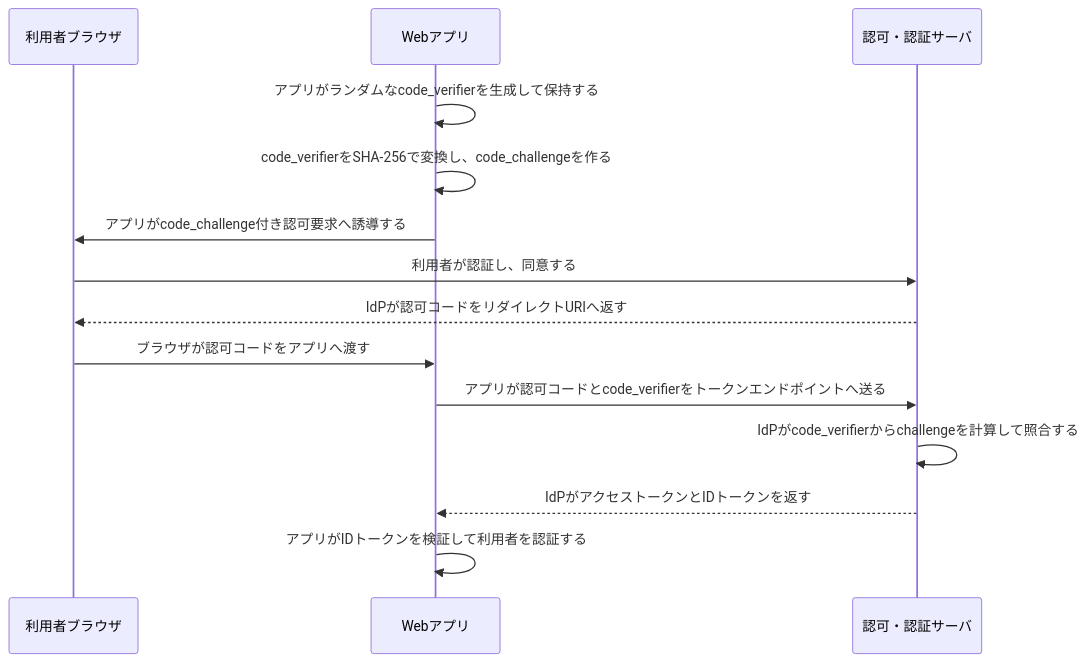
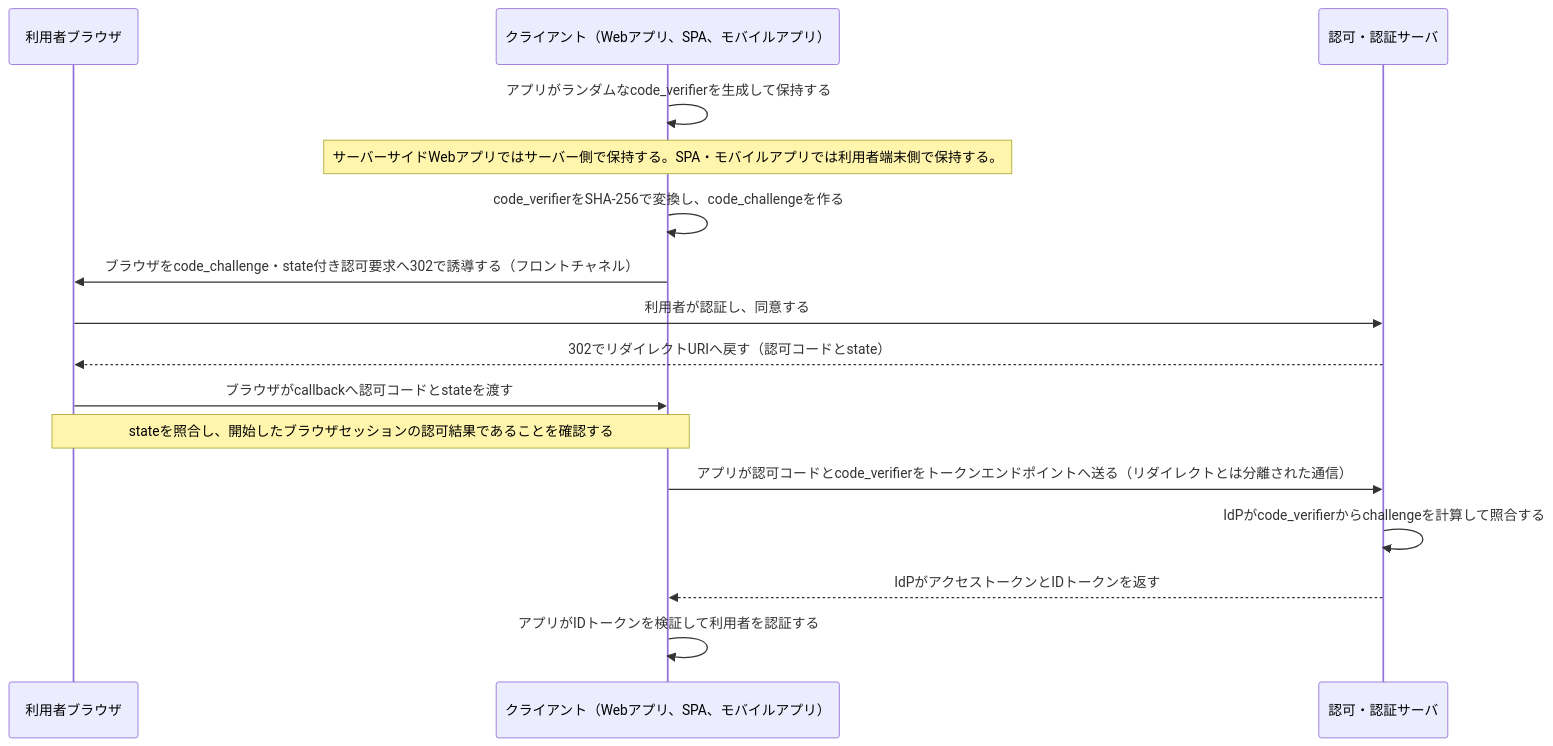
Before and after one commit to ryusuke2003/security-specialist-study: the diagram in 復習用/流れ図/OAuth2とOIDCの認可コードとPKCE.md, drawn with Mermaid. The commit also changed other lines of this file and 1 other file, not shown here.

Commit message:
認証認可を追記

````diff
--- a/復習用/流れ図/OAuth2とOIDCの認可コードとPKCE.md
+++ b/復習用/流れ図/OAuth2とOIDCの認可コードとPKCE.md
@@ -3,17 +3,19 @@
 ```mermaid
 sequenceDiagram
     participant User as 利用者ブラウザ
-    participant Client as Webアプリ
+    participant Client as クライアント（Webアプリ、SPA、モバイルアプリ）
     participant IdP as 認可・認証サーバ
 
     Client->>Client: アプリがランダムなcode_verifierを生成して保持する
+    Note over Client: サーバーサイドWebアプリではサーバー側で保持する。SPA・モバイルアプリでは利用者端末側で保持する。
     Client->>Client: code_verifierをSHA-256で変換し、code_challengeを作る
-    Client->>User: アプリがcode_challenge付き認可要求へ誘導する
+    Client->>User: ブラウザをcode_challenge・state付き認可要求へ302で誘導する（フロントチャネル）
     User->>IdP: 利用者が認証し、同意する
-    IdP-->>User: IdPが認可コードをリダイレクトURIへ返す
-    User->>Client: ブラウザが認可コードをアプリへ渡す
-    Client->>IdP: アプリが認可コードとcode_verifierをトークンエンドポイントへ送る
+    IdP-->>User: 302でリダイレクトURIへ戻す（認可コードとstate）
+    User->>Client: ブラウザがcallbackへ認可コードとstateを渡す
+    Note over User,Client: stateを照合し、開始したブラウザセッションの認可結果であることを確認する
+    Client->>IdP: アプリが認可コードとcode_verifierをトークンエンドポイントへ送る（リダイレクトとは分離された通信）
     IdP->>IdP: IdPがcode_verifierからchallengeを計算して照合する
     IdP-->>Client: IdPがアクセストークンとIDトークンを返す
     Client->>Client: アプリがIDトークンを検証して利用者を認証する
 ```
````
